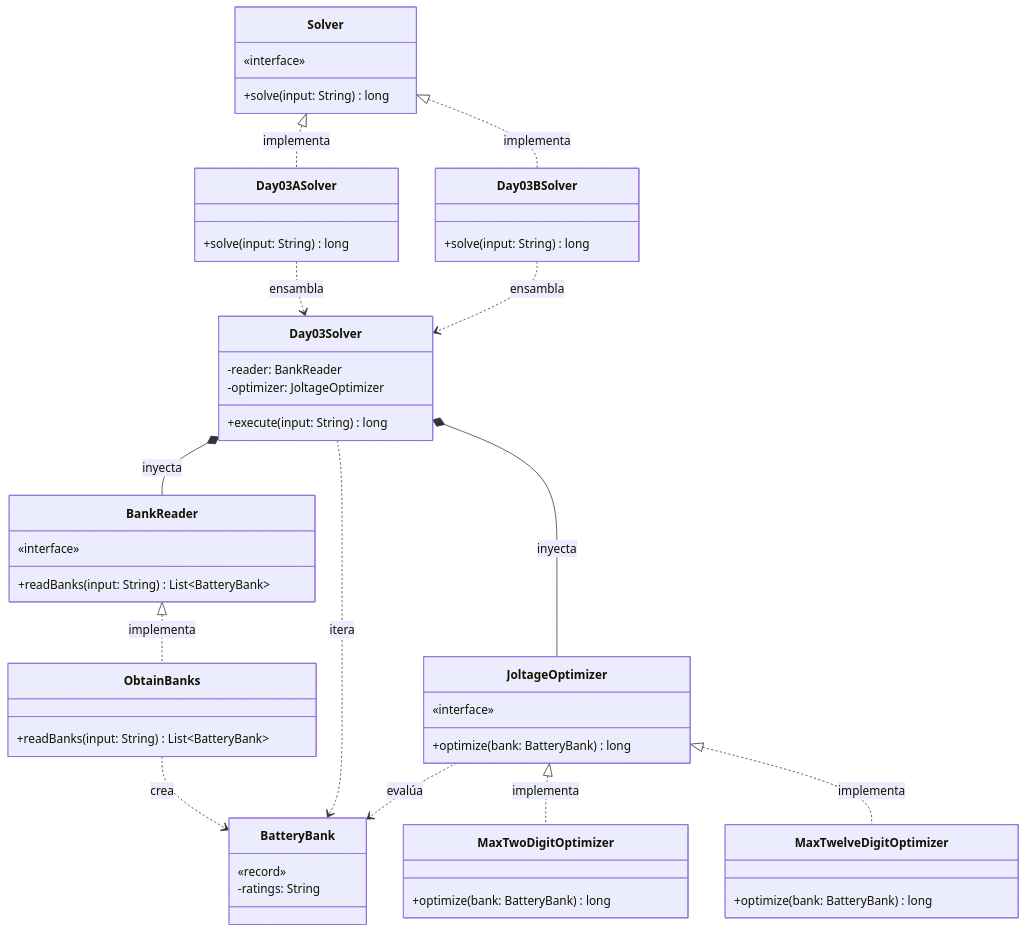
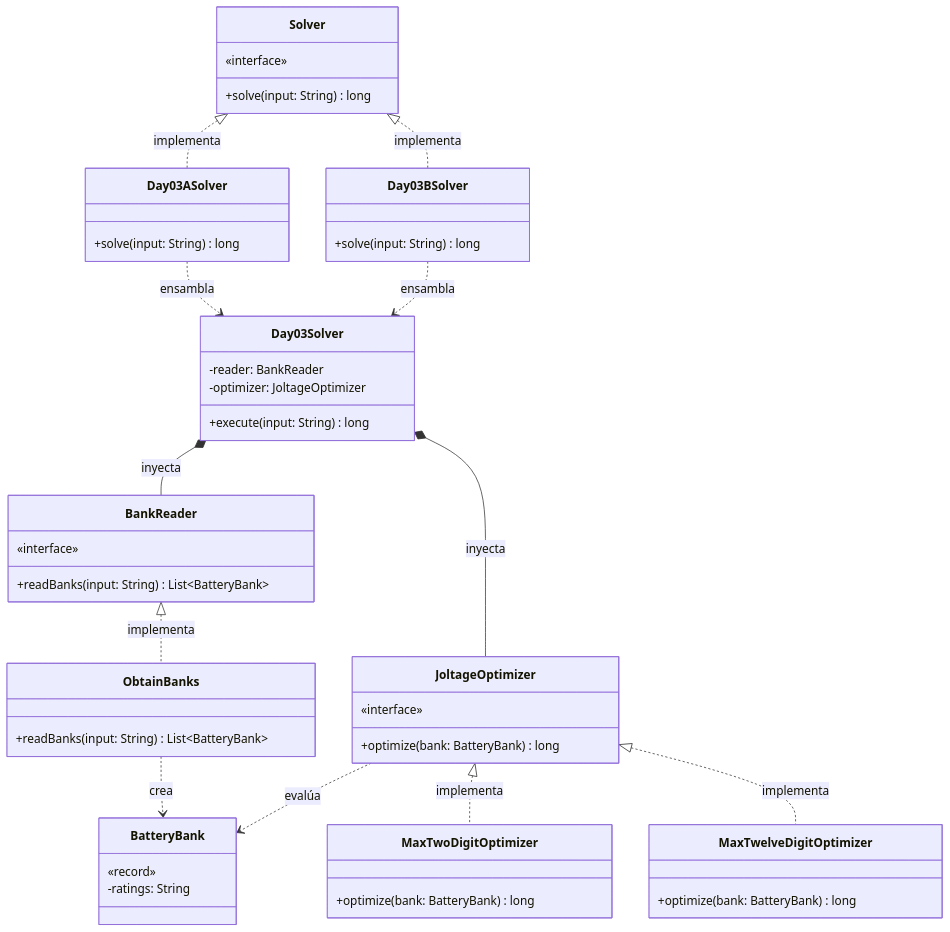
The diagram in src/main/java/software/aoc/day03/README.md (ivanperezdiaz829/AoC2025), drawn with Mermaid before and after one commit.

Commit message:
fix(README): Relations modified

````diff
--- a/src/main/java/software/aoc/day03/README.md
+++ b/src/main/java/software/aoc/day03/README.md
@@ -37,66 +37,65 @@
 ```mermaid
 classDiagram
     class Solver {
         «interface»
         +solve(input: String) long
     }
 
     class Day03ASolver {
         +solve(input: String) long
     }
 
     class Day03BSolver {
         +solve(input: String) long
     }
 
     class Day03Solver {
         -reader: BankReader
         -optimizer: JoltageOptimizer
         +execute(input: String) long
     }
 
     class BatteryBank {
         «record»
         -ratings: String
     }
 
     class BankReader {
         «interface»
         +readBanks(input: String) List~BatteryBank~
     }
 
     class ObtainBanks {
         +readBanks(input: String) List~BatteryBank~
     }
 
     class JoltageOptimizer {
         «interface»
         +optimize(bank: BatteryBank) long
     }
 
     class MaxTwoDigitOptimizer {
         +optimize(bank: BatteryBank) long
     }
 
     class MaxTwelveDigitOptimizer {
         +optimize(bank: BatteryBank) long
     }
 
 %% Relaciones de Implementación
     Solver <|.. Day03ASolver : implementa
     Solver <|.. Day03BSolver : implementa
     BankReader <|.. ObtainBanks : implementa
     JoltageOptimizer <|.. MaxTwoDigitOptimizer : implementa
     JoltageOptimizer <|.. MaxTwelveDigitOptimizer : implementa
 
 %% Relaciones de Orquestación e Inyección
     Day03ASolver ..> Day03Solver : ensambla
     Day03BSolver ..> Day03Solver : ensambla
     Day03Solver *-- BankReader : inyecta
     Day03Solver *-- JoltageOptimizer : inyecta
 
 %% Dependencias de Dominio
     ObtainBanks ..> BatteryBank : crea
-    Day03Solver ..> BatteryBank : itera
     JoltageOptimizer ..> BatteryBank : evalúa
 ```
````
